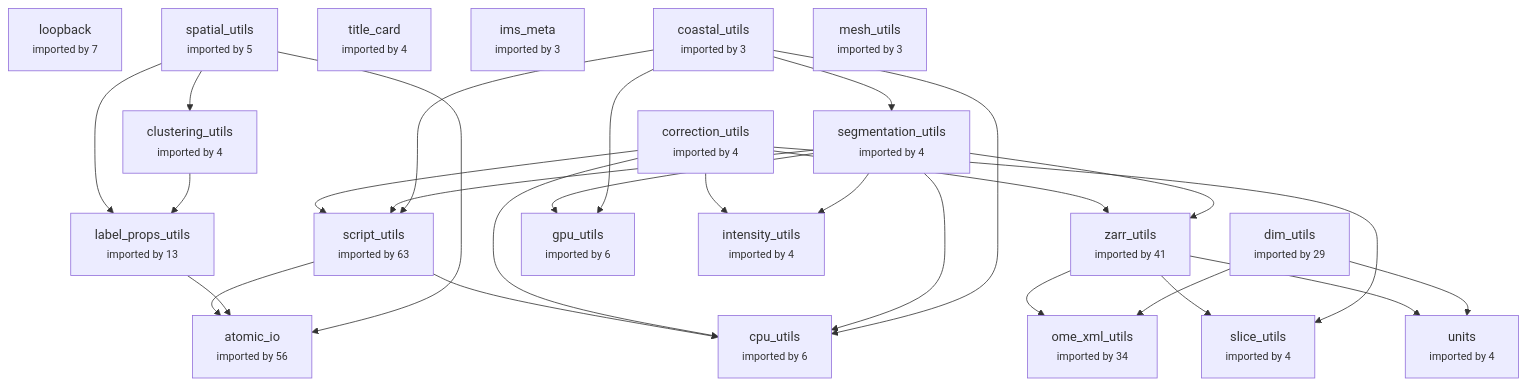
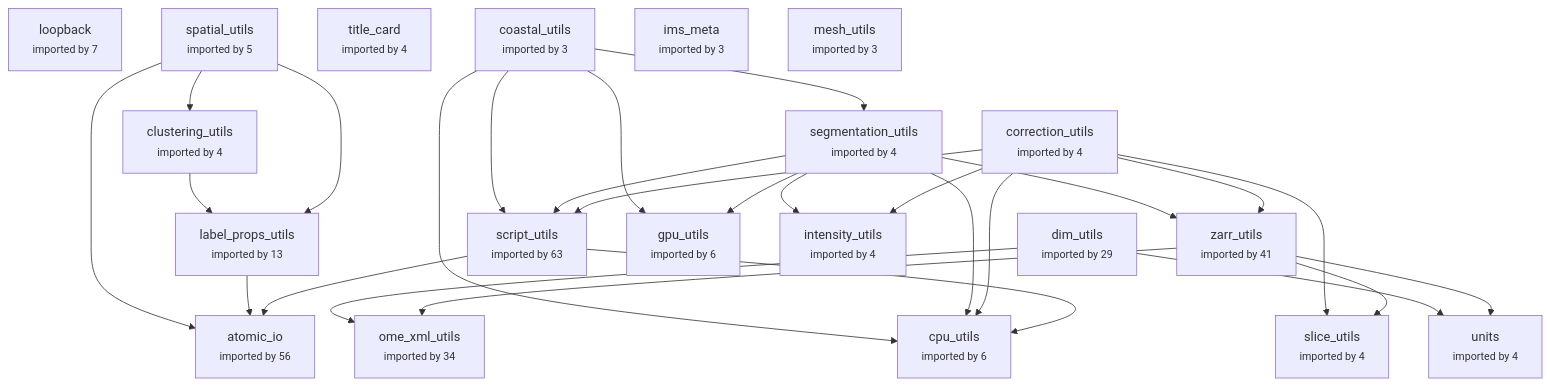
One commit to schienstockd/cecelia changed the first of 2 diagrams in docs/architecture/python/utils.md. Above: the diagram before and after it, drawn with Mermaid. The commit also changed other lines of this file and 28 other files, not shown here.

````diff
--- a/docs/architecture/python/utils.md
+++ b/docs/architecture/python/utils.md
@@ -12,49 +12,49 @@
 ```mermaid
 flowchart TB
   script_utils["script_utils<br/><small>imported by 63</small>"]
   atomic_io["atomic_io<br/><small>imported by 56</small>"]
   zarr_utils["zarr_utils<br/><small>imported by 41</small>"]
   ome_xml_utils["ome_xml_utils<br/><small>imported by 34</small>"]
   dim_utils["dim_utils<br/><small>imported by 29</small>"]
   label_props_utils["label_props_utils<br/><small>imported by 13</small>"]
   loopback["loopback<br/><small>imported by 7</small>"]
+  cpu_utils["cpu_utils<br/><small>imported by 6</small>"]
   gpu_utils["gpu_utils<br/><small>imported by 6</small>"]
-  cpu_utils["cpu_utils<br/><small>imported by 6</small>"]
   spatial_utils["spatial_utils<br/><small>imported by 5</small>"]
+  clustering_utils["clustering_utils<br/><small>imported by 4</small>"]
   correction_utils["correction_utils<br/><small>imported by 4</small>"]
-  clustering_utils["clustering_utils<br/><small>imported by 4</small>"]
+  intensity_utils["intensity_utils<br/><small>imported by 4</small>"]
+  segmentation_utils["segmentation_utils<br/><small>imported by 4</small>"]
   slice_utils["slice_utils<br/><small>imported by 4</small>"]
+  title_card["title_card<br/><small>imported by 4</small>"]
   units["units<br/><small>imported by 4</small>"]
-  segmentation_utils["segmentation_utils<br/><small>imported by 4</small>"]
-  intensity_utils["intensity_utils<br/><small>imported by 4</small>"]
-  title_card["title_card<br/><small>imported by 4</small>"]
+  coastal_utils["coastal_utils<br/><small>imported by 3</small>"]
   ims_meta["ims_meta<br/><small>imported by 3</small>"]
-  coastal_utils["coastal_utils<br/><small>imported by 3</small>"]
   mesh_utils["mesh_utils<br/><small>imported by 3</small>"]
   script_utils --> atomic_io
   script_utils --> cpu_utils
   zarr_utils --> ome_xml_utils
   zarr_utils --> slice_utils
   zarr_utils --> units
   dim_utils --> ome_xml_utils
   dim_utils --> units
   label_props_utils --> atomic_io
   spatial_utils --> atomic_io
   spatial_utils --> clustering_utils
   spatial_utils --> label_props_utils
+  clustering_utils --> label_props_utils
   correction_utils --> cpu_utils
   correction_utils --> intensity_utils
   correction_utils --> script_utils
   correction_utils --> slice_utils
   correction_utils --> zarr_utils
-  clustering_utils --> label_props_utils
   segmentation_utils --> cpu_utils
   segmentation_utils --> gpu_utils
   segmentation_utils --> intensity_utils
   segmentation_utils --> script_utils
   segmentation_utils --> zarr_utils
   coastal_utils --> cpu_utils
   coastal_utils --> gpu_utils
   coastal_utils --> script_utils
   coastal_utils --> segmentation_utils
 ```
````
